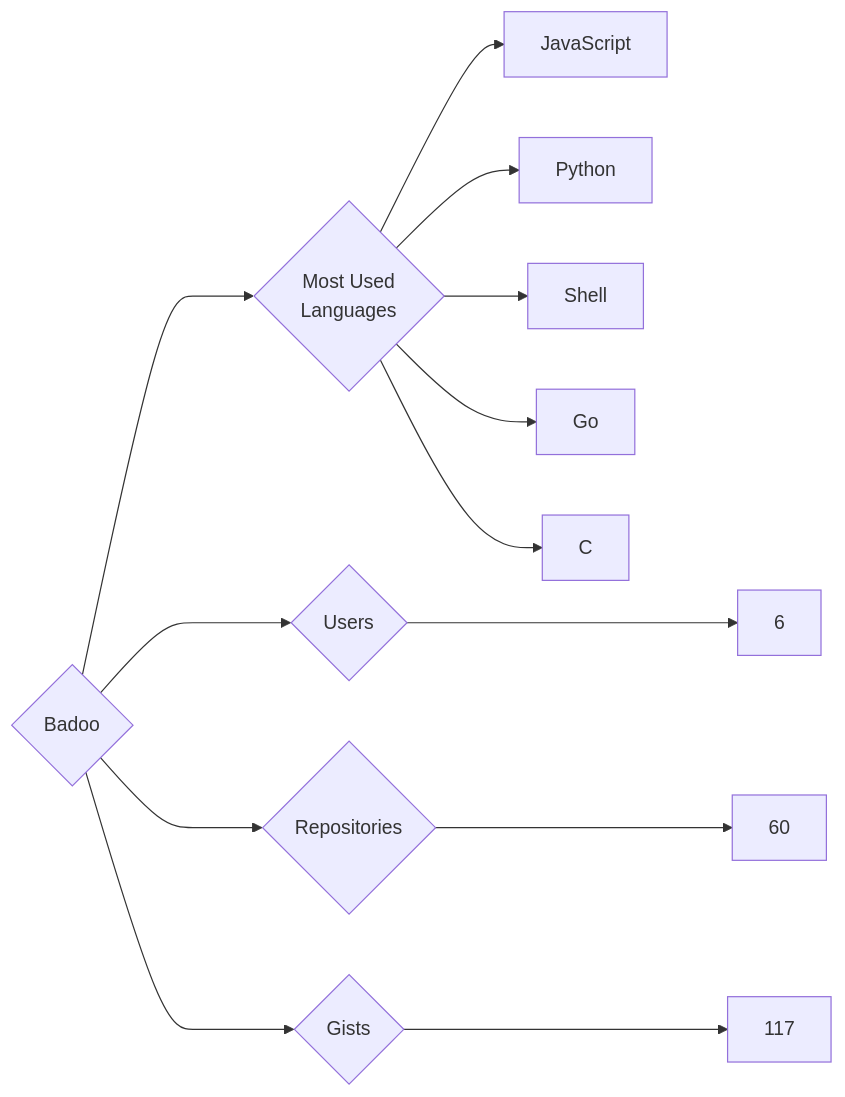
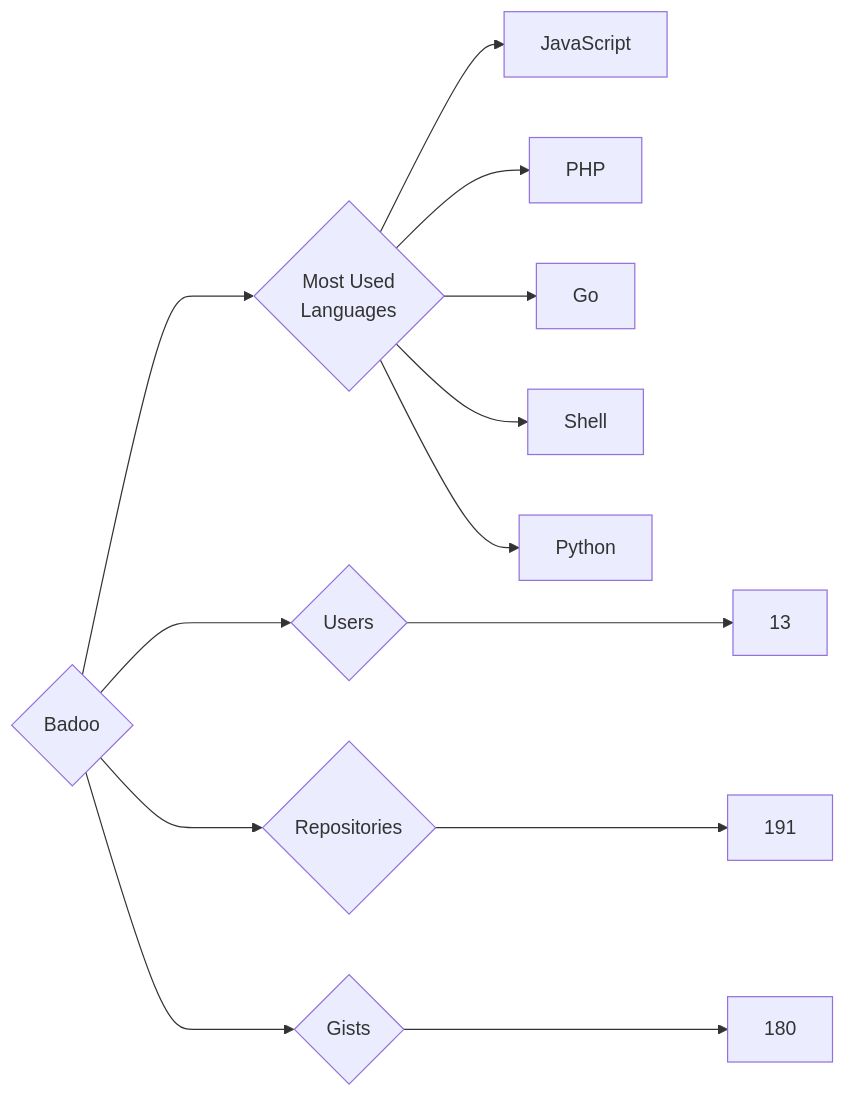
One commit to trickest/insiders changed the diagram in targets/Badoo/README.md. Above: the diagram before and after it, drawn with Mermaid. The commit also changed 935 other files, not shown here.

````diff
--- a/targets/Badoo/README.md
+++ b/targets/Badoo/README.md
@@ -3,13 +3,13 @@
 ```mermaid
 graph LR
 COMPANY_NAME{Badoo}
-COMPANY_NAME ---> U{Users} ---> UN[6]
-COMPANY_NAME ---> R{Repositories} ---> RN[60]
-COMPANY_NAME ---> G{Gists} ---> GN[117]
+COMPANY_NAME ---> U{Users} ---> UN[13]
+COMPANY_NAME ---> R{Repositories} ---> RN[191]
+COMPANY_NAME ---> G{Gists} ---> GN[180]
 COMPANY_NAME ---> ML{Most Used<br>Languages}
 ML --> JavaScript[JavaScript]
+ML --> PHP[PHP]
+ML --> Go[Go]
+ML --> Shell[Shell]
 ML --> Python[Python]
-ML --> Shell[Shell]
-ML --> Go[Go]
-ML --> C[C]
 ```
````
